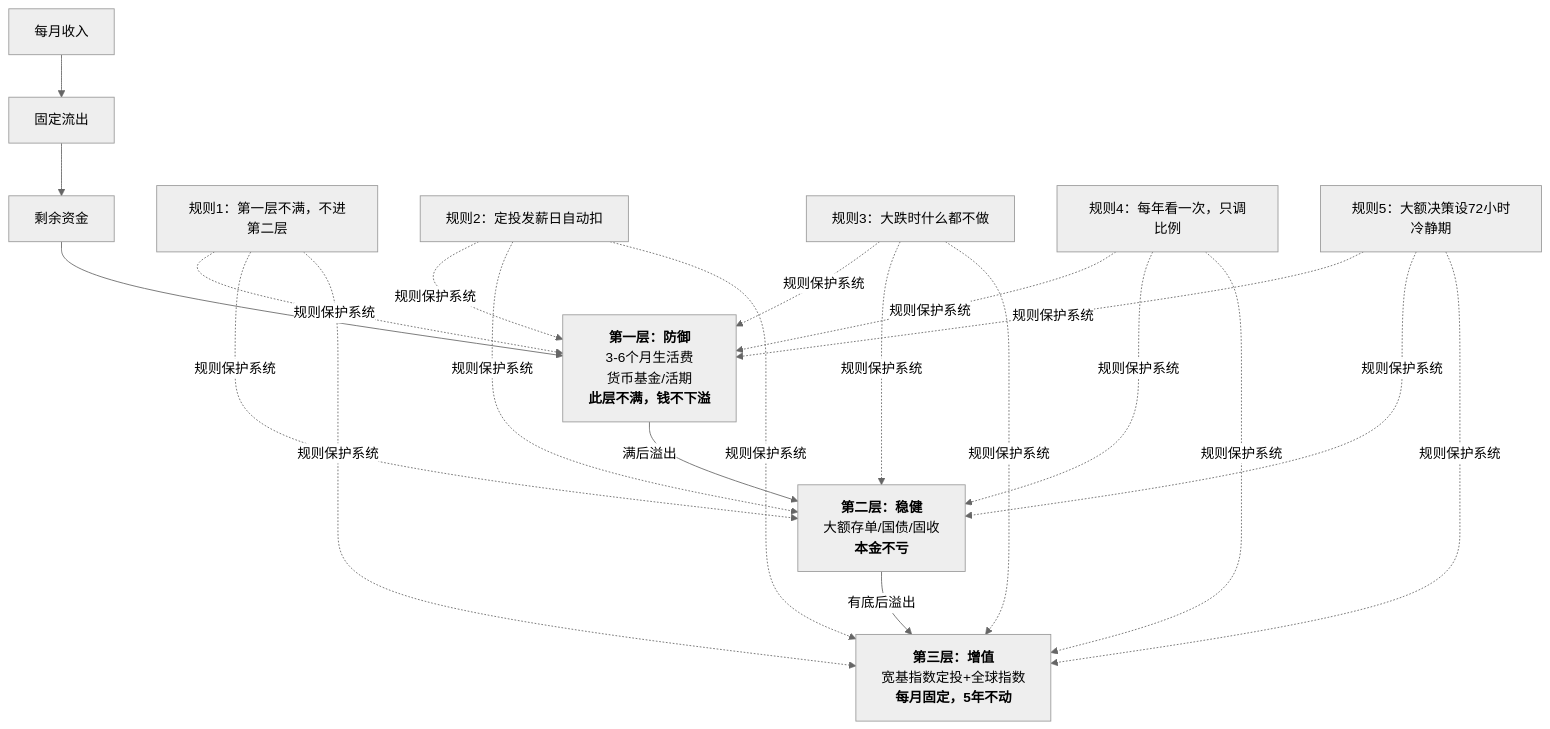
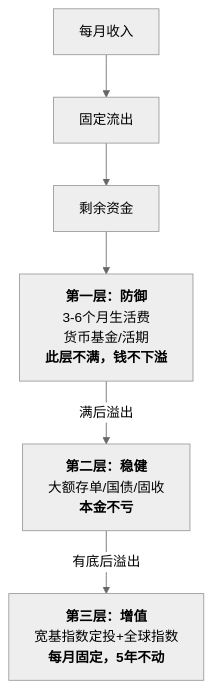
Before and after one commit to pengjizhang/pengjizhang.github.io: the second of 2 diagrams in money-system-first-principles.md, drawn with Mermaid (neutral theme). The commit also changed other lines of this file, not shown here.

````diff
--- a/money-system-first-principles.md
+++ b/money-system-first-principles.md
@@ -146,16 +108,8 @@
 ```mermaid
 flowchart TB
     IN["每月收入"] --> DEDUCT["固定流出"] --> REMAIN["剩余资金"]
 
     REMAIN --> L1["<b>第一层：防御</b><br/>3-6个月生活费<br/>货币基金/活期<br/><b>此层不满，钱不下溢</b>"]
     L1 -- "满后溢出" --> L2["<b>第二层：稳健</b><br/>大额存单/国债/固收<br/><b>本金不亏</b>"]
     L2 -- "有底后溢出" --> L3["<b>第三层：增值</b><br/>宽基指数定投+全球指数<br/><b>每月固定，5年不动</b>"]
-
-    R1["规则1：第一层不满，不进第二层"]
-    R2["规则2：定投发薪日自动扣"]
-    R3["规则3：大跌时什么都不做"]
-    R4["规则4：每年看一次，只调比例"]
-    R5["规则5：大额决策设72小时冷静期"]
-
-     R1 & R2 & R3 & R4 & R5 -. "规则保护系统" .-> L1 & L2 & L3
 ```
````
